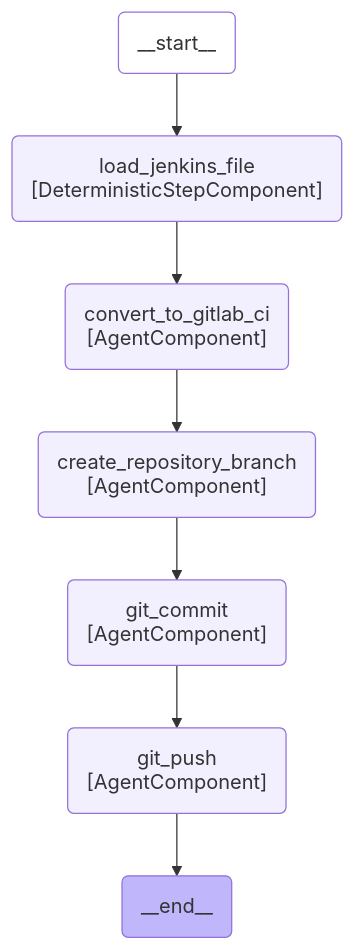
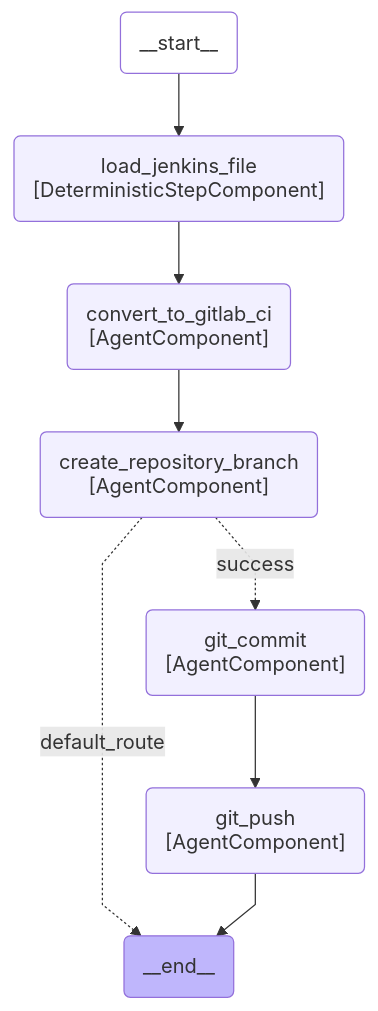
Before and after one commit to movax01h/ai-gateway: the tenth of 24 diagrams in docs/duo_workflow_service_graphs.md, drawn with Mermaid. The commit also changed other lines of this file and 7 other files, not shown here.

Commit message:
feat(workflows): use response schema for create_repository_branch output

````diff
--- a/docs/duo_workflow_service_graphs.md
+++ b/docs/duo_workflow_service_graphs.md
@@ -306,24 +306,25 @@
 ```mermaid
 ---
 config:
     flowchart:
         curve: linear
 ---
 graph TD;
     __start__(__start__):::first;
     __end__(__end__):::last;
     __start__ --> load_jenkins_file;
     load_jenkins_file(load_jenkins_file<br>#91;DeterministicStepComponent#93;);
     convert_to_gitlab_ci(convert_to_gitlab_ci<br>#91;AgentComponent#93;);
     create_repository_branch(create_repository_branch<br>#91;AgentComponent#93;);
     git_commit(git_commit<br>#91;AgentComponent#93;);
     git_push(git_push<br>#91;AgentComponent#93;);
     load_jenkins_file --> convert_to_gitlab_ci;
     convert_to_gitlab_ci --> create_repository_branch;
-    create_repository_branch --> git_commit;
+    create_repository_branch -.->|success| git_commit;
+    create_repository_branch -.->|default_route| __end__;
     git_commit --> git_push;
     git_push --> __end__;
     classDef default fill:#f2f0ff,line-height:1.2;
     classDef first fill-opacity:0;
     classDef last fill:#bfb6fc;
 ```
````
